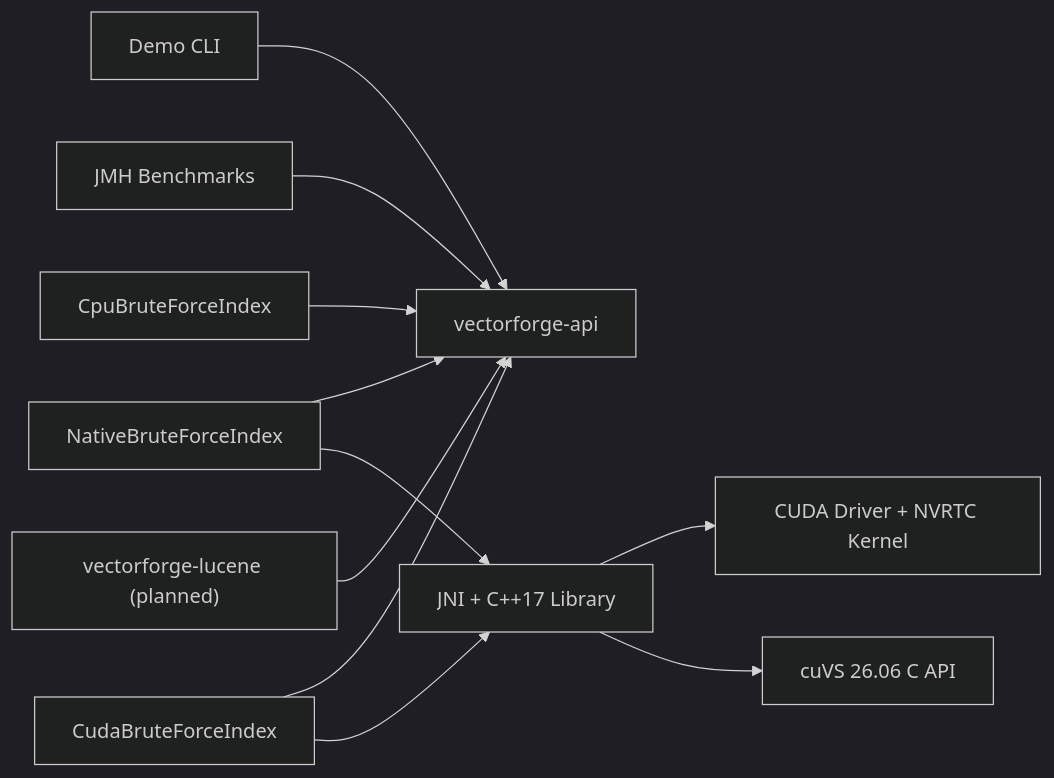
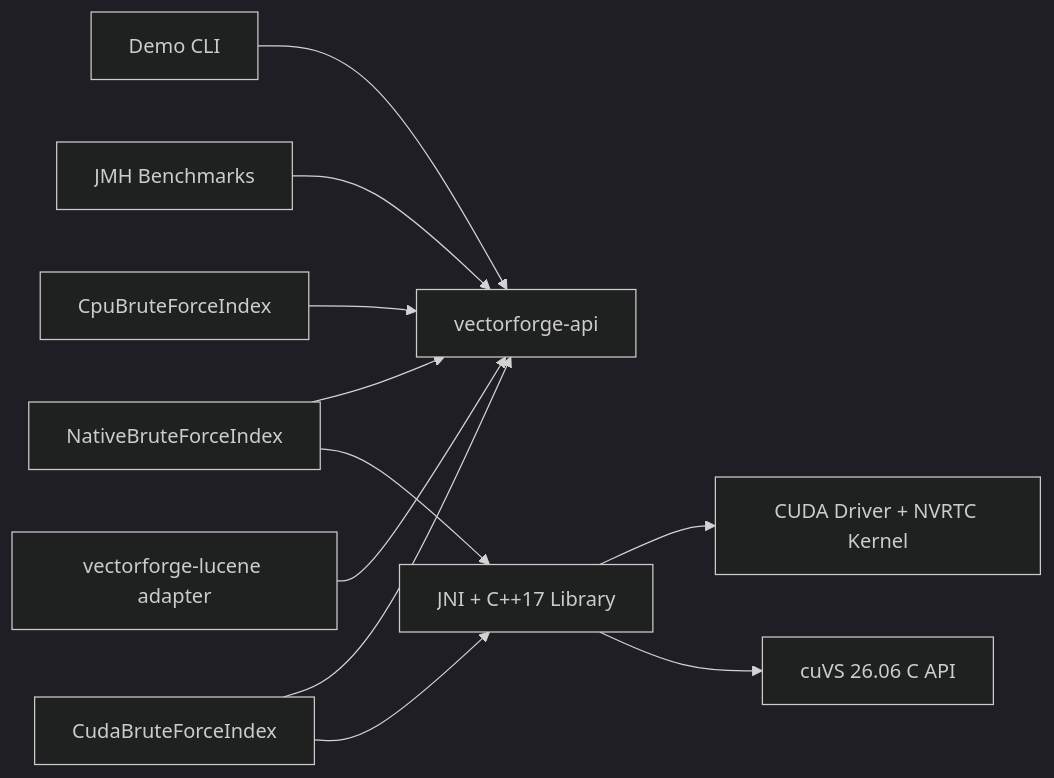
Before and after one commit to AntVann/Java-Vector-Search: the diagram in README.md, drawn with Mermaid (dark theme). The commit also changed other lines of this file and 9 other files, not shown here.

Commit message:
feat(lucene): add standalone vector adapter

````diff
--- a/README.md
+++ b/README.md
@@ -18,13 +18,13 @@
 ```mermaid
 flowchart LR
     Demo["Demo CLI"] --> API["vectorforge-api"]
     Bench["JMH Benchmarks"] --> API
     CPU["CpuBruteForceIndex"] --> API
     NativeJava["NativeBruteForceIndex"] --> API
     NativeJava --> NativeCpp["JNI + C++17 Library"]
     GpuJava["CudaBruteForceIndex"] --> API
     GpuJava --> NativeCpp
     NativeCpp --> GPU["CUDA Driver + NVRTC Kernel"]
     NativeCpp --> CUVS["cuVS 26.06 C API"]
-    Lucene["vectorforge-lucene (planned)"] --> API
+    Lucene["vectorforge-lucene adapter"] --> API
 ```
````
